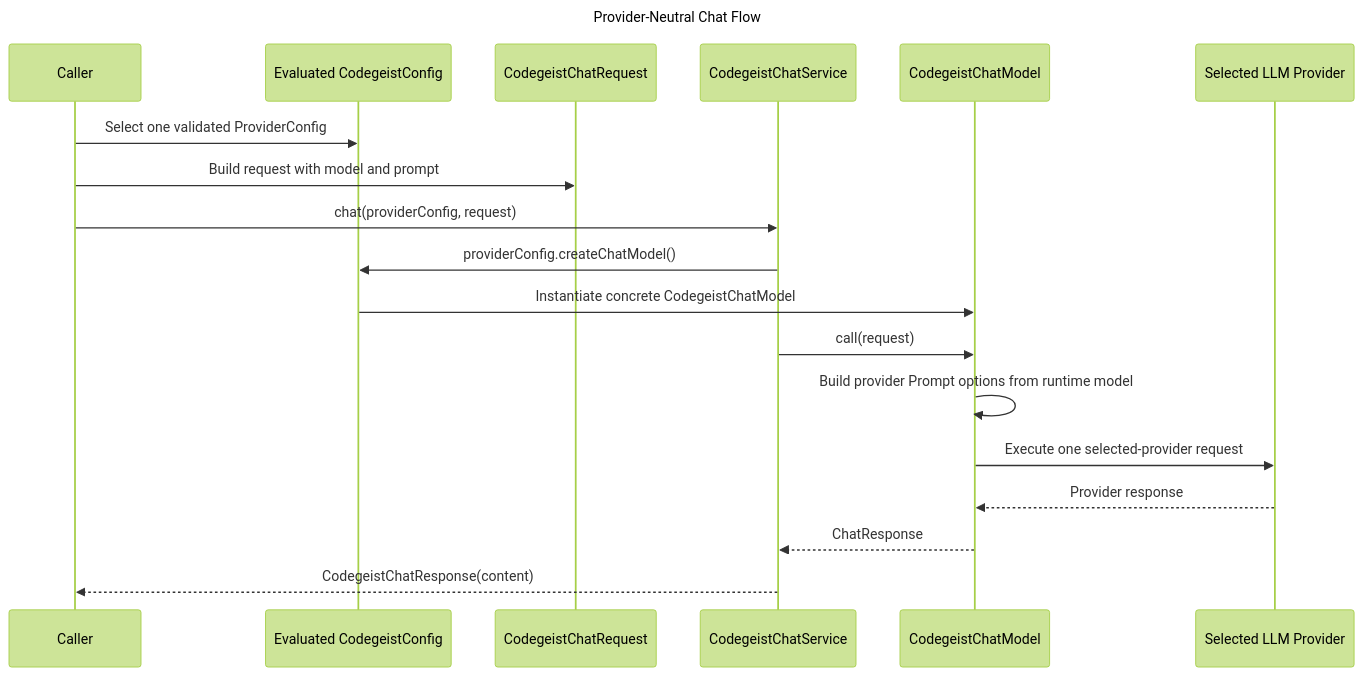
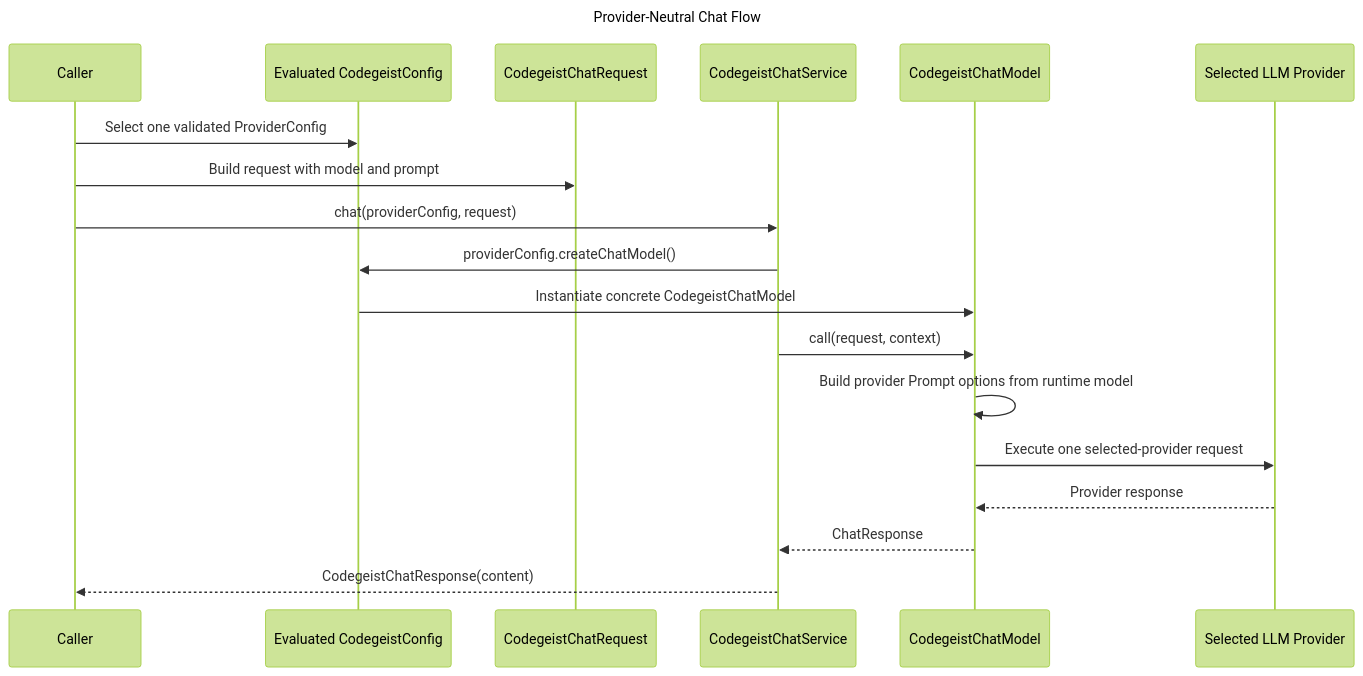
The first of 3 diagrams in docs/developer/specification/llm-provider-implementation.md (codegeist-ai/codegeist), drawn with Mermaid (forest theme) before and after one commit. The commit also changed other lines of this file and 35 other files, not shown here.

````diff
--- a/docs/developer/specification/llm-provider-implementation.md
+++ b/docs/developer/specification/llm-provider-implementation.md
@@ -21,23 +21,23 @@
 ```mermaid
 sequenceDiagram
     title Provider-Neutral Chat Flow
 
     participant Caller as Caller
     participant Config as Evaluated CodegeistConfig
     participant Request as CodegeistChatRequest
     participant Service as CodegeistChatService
     participant Model as CodegeistChatModel
     participant Provider as Selected LLM Provider
 
     Caller->>Config: Select one validated ProviderConfig
     Caller->>Request: Build request with model and prompt
     Caller->>Service: chat(providerConfig, request)
     Service->>Config: providerConfig.createChatModel()
     Config->>Model: Instantiate concrete CodegeistChatModel
-    Service->>Model: call(request)
+    Service->>Model: call(request, context)
     Model->>Model: Build provider Prompt options from runtime model
     Model->>Provider: Execute one selected-provider request
     Provider-->>Model: Provider response
     Model-->>Service: ChatResponse
     Service-->>Caller: CodegeistChatResponse(content)
 ```
````
